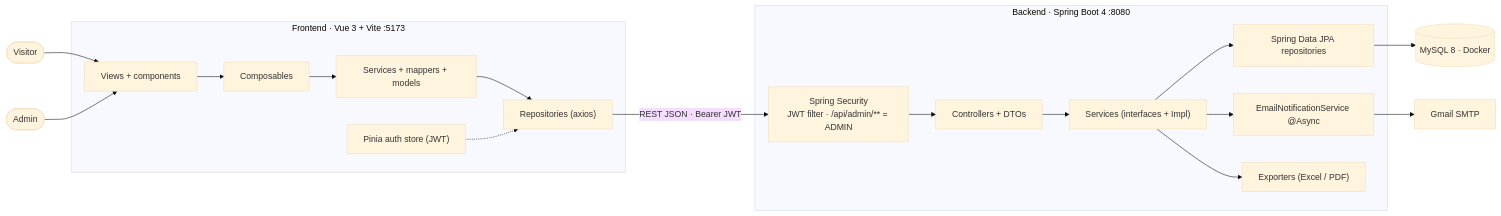
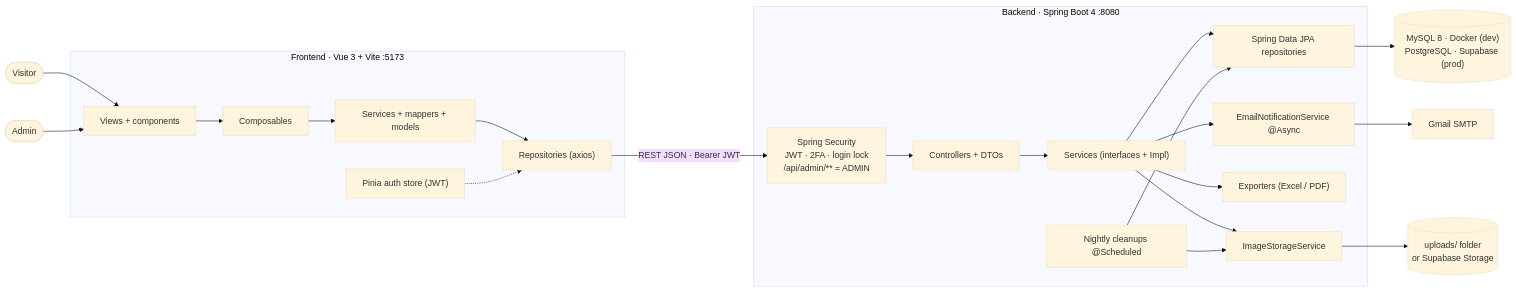
One commit to lcortes89/BG_SistemasInformaticos_Back changed the first of 8 diagrams in docs/diagrams.md. Above: the diagram before and after it, drawn with Mermaid (base theme). The commit also changed other lines of this file, not shown here.

Commit message:
docs: update diagrams with security, search, database and storage changes

````diff
--- a/docs/diagrams.md
+++ b/docs/diagrams.md
@@ -16,21 +19,25 @@
 ```mermaid
 flowchart LR
     visitor([Visitor]) --> spa
     admin([Admin]) --> spa
     subgraph front["Frontend · Vue 3 + Vite :5173"]
         spa["Views + components"] --> comp["Composables"]
         comp --> svc["Services + mappers + models"]
         svc --> repo["Repositories (axios)"]
         store["Pinia auth store (JWT)"] -.-> repo
     end
     repo -- "REST JSON · Bearer JWT" --> sec
     subgraph back["Backend · Spring Boot 4 :8080"]
-        sec["Spring Security<br/>JWT filter · /api/admin/** = ADMIN"] --> ctrl["Controllers + DTOs"]
+        sec["Spring Security<br/>JWT · 2FA · login lock<br/>/api/admin/** = ADMIN"] --> ctrl["Controllers + DTOs"]
         ctrl --> service["Services (interfaces + Impl)"]
         service --> jpa["Spring Data JPA repositories"]
         service --> mail["EmailNotificationService @Async"]
         service --> files["Exporters (Excel / PDF)"]
+        service --> storage["ImageStorageService"]
+        jobs["Nightly cleanups @Scheduled"] --> jpa
+        jobs --> storage
     end
-    jpa --> db[("MySQL 8 · Docker")]
+    jpa --> db[("MySQL 8 · Docker (dev)<br/>PostgreSQL · Supabase (prod)")]
+    storage --> img[("uploads/ folder<br/>or Supabase Storage")]
     mail --> smtp["Gmail SMTP"]
 ```
````
